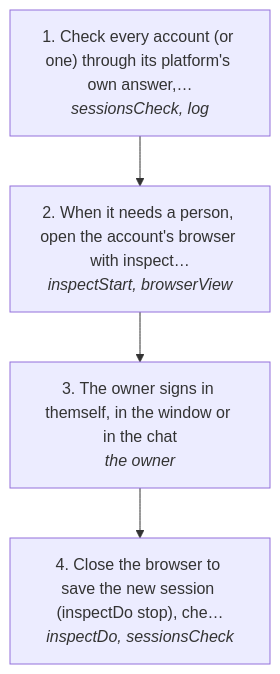
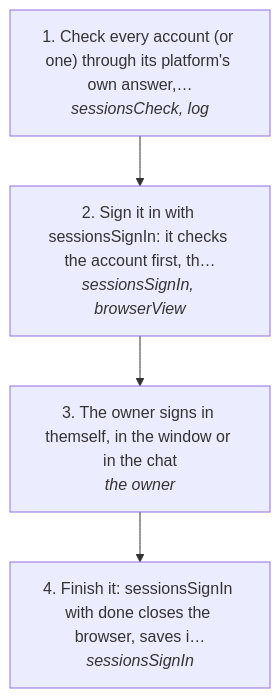
One commit to matthewdonsemail-lab/log changed the diagram in docs/useCases/inbox/signIn.md. Above: the diagram before and after it, drawn with Mermaid. The commit also changed other lines of this file and 69 other files, not shown here.

First line of the commit message:
One sign-in machine and one check state, gate and crash-safe check (slices 3 and 4)

````diff
--- a/docs/useCases/inbox/signIn.md
+++ b/docs/useCases/inbox/signIn.md
@@ -14,10 +14,10 @@
 ```mermaid
 flowchart TD
   s0["1. Check every account (or one) through its platform's own answer,…<br/><i>sessionsCheck, log</i>"]
-  s1["2. When it needs a person, open the account's browser with inspect…<br/><i>inspectStart, browserView</i>"]
+  s1["2. Sign it in with sessionsSignIn: it checks the account first, th…<br/><i>sessionsSignIn, browserView</i>"]
   s2["3. The owner signs in themself, in the window or in the chat<br/><i>the owner</i>"]
-  s3["4. Close the browser to save the new session (inspectDo stop), che…<br/><i>inspectDo, sessionsCheck</i>"]
+  s3["4. Finish it: sessionsSignIn with done closes the browser, saves i…<br/><i>sessionsSignIn</i>"]
   s0 --> s1
   s1 --> s2
   s2 --> s3
 ```
````
